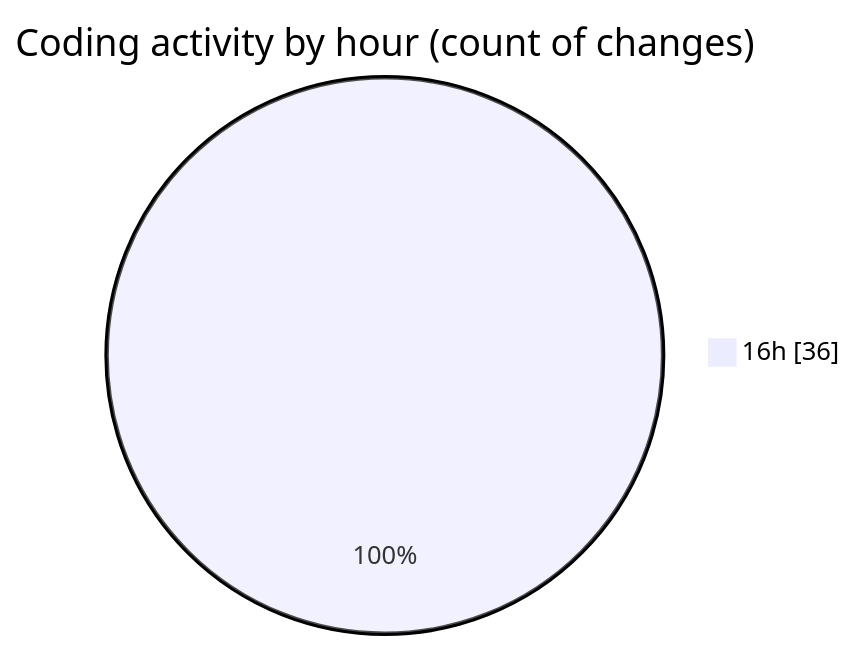
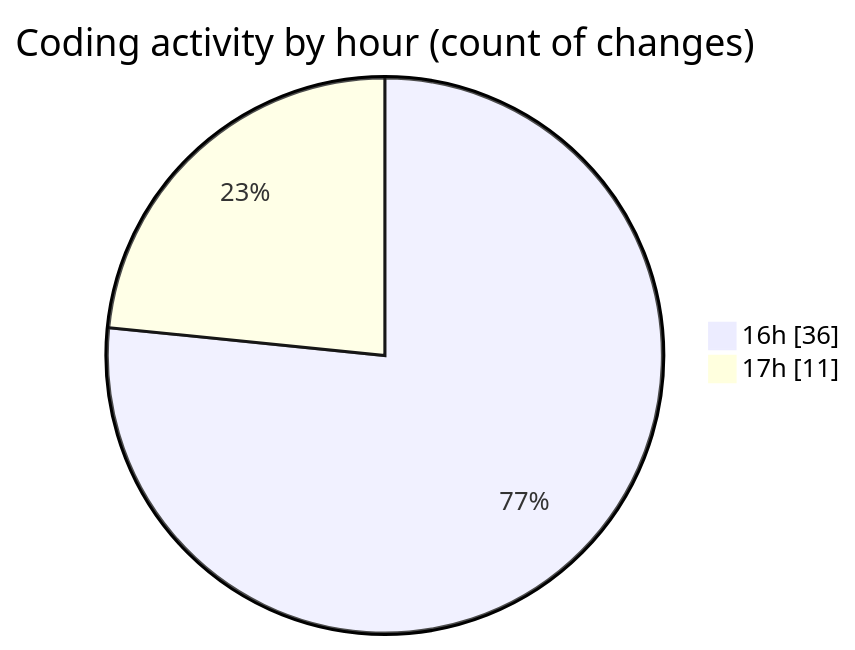
The second of 2 diagrams in 2025-03-11/mbc-web/README.md (robertbonfada/code-tracking), drawn with Mermaid before and after one commit. The commit also changed other lines of this file and 1 other file, not shown here.

````diff
--- a/2025-03-11/mbc-web/README.md
+++ b/2025-03-11/mbc-web/README.md
@@ -32,5 +38,6 @@
 ```mermaid
 pie showData
 title Coding activity by hour (count of changes)
 "16h" : 36
+"17h" : 11
 ```
````
